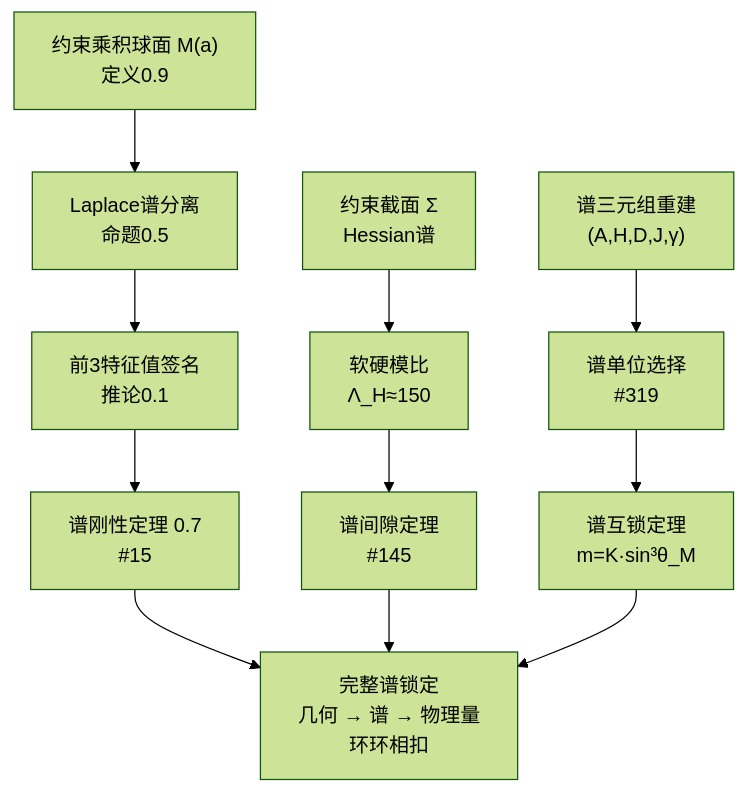
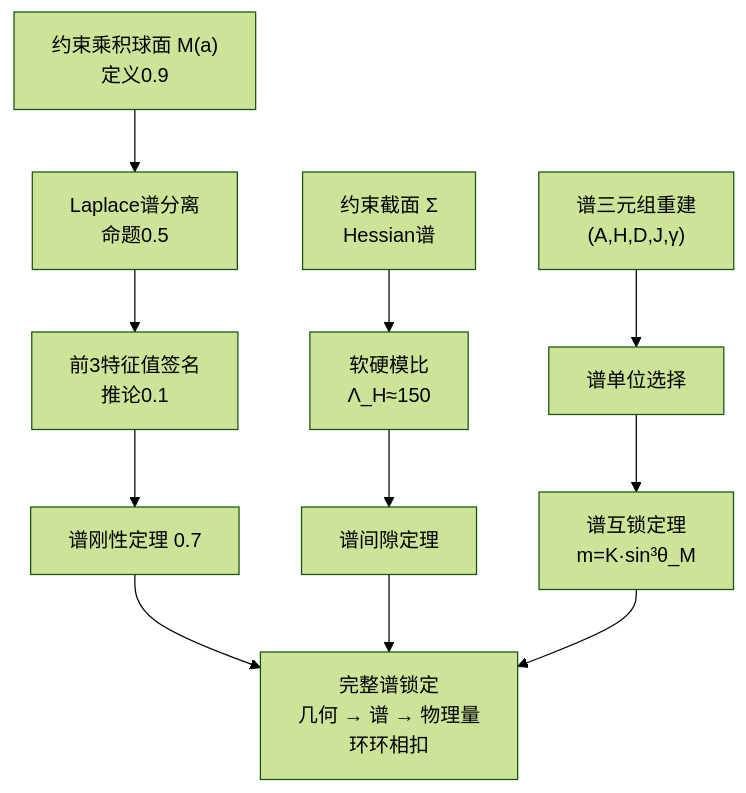
Before and after one commit to sdoygb/geometry-ai-server: the second of 3 diagrams in app/articles/GT-Vault/Vol-0_从零开始/0.5_乘积球面谱刚性.md, drawn with Mermaid (forest theme). The commit also changed other lines of this file, not shown here.

Commit message:
AI修改: GT-Vault/Vol-0_从零开始/0.5_乘积球面谱刚性.md (233行)

````diff
--- a/app/articles/GT-Vault/Vol-0_从零开始/0.5_乘积球面谱刚性.md
+++ b/app/articles/GT-Vault/Vol-0_从零开始/0.5_乘积球面谱刚性.md
@@ -167,14 +166,14 @@
 ```mermaid
 flowchart TD
     A["约束乘积球面 M(a)<br>定义0.9"] --> B["Laplace谱分离<br>命题0.5"]
     B --> C["前3特征值签名<br>推论0.1"]
-    C --> D["谱刚性定理 0.7<br>#15"]
+    C --> D["谱刚性定理 0.7"]
     
     E["约束截面 Σ<br>Hessian谱"] --> F["软硬模比<br>Λ_H≈150"]
-    F --> G["谱间隙定理<br>#145"]
+    F --> G["谱间隙定理"]
     
-    H["谱三元组重建<br>(A,H,D,J,γ)"] --> I["谱单位选择<br>#319"]
+    H["谱三元组重建<br>(A,H,D,J,γ)"] --> I["谱单位选择"]
     I --> J["谱互锁定理<br>m=K·sin³θ_M"]
     
     D & G & J --> K["完整谱锁定<br>几何 → 谱 → 物理量<br>环环相扣"]
 ```
````
